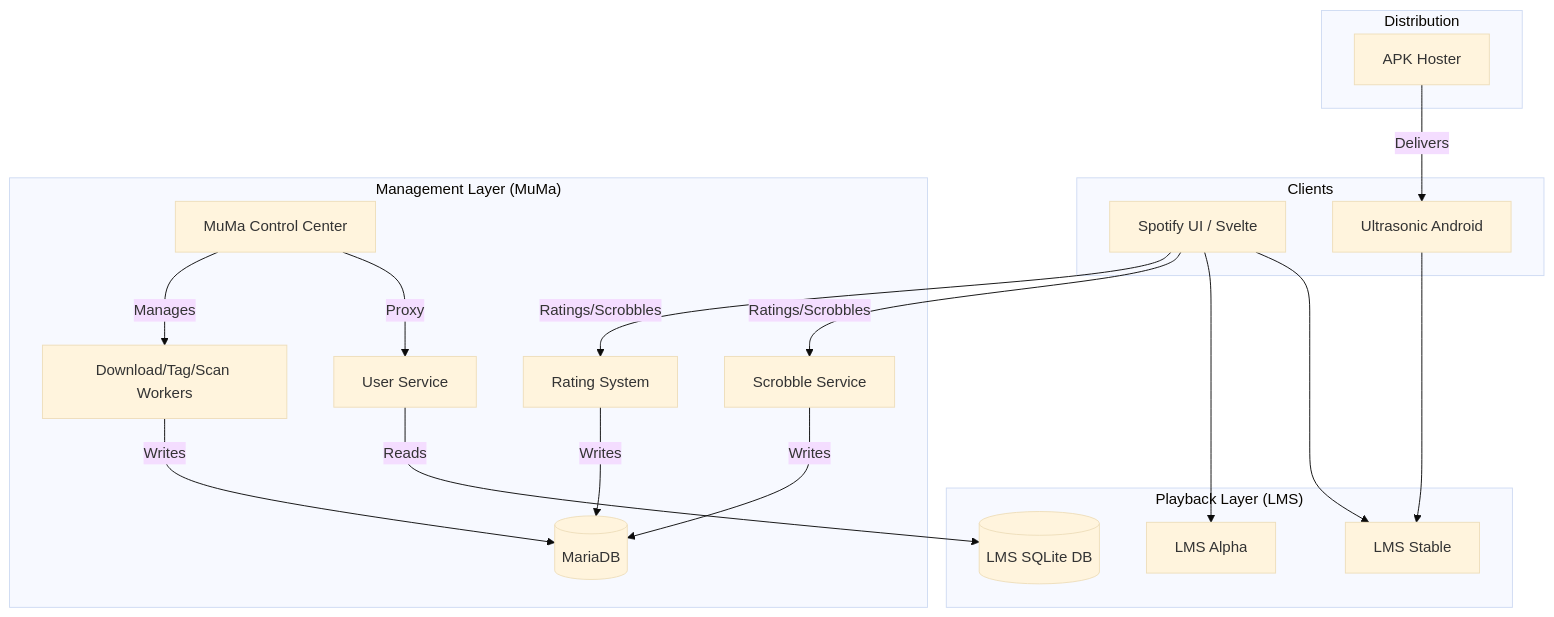
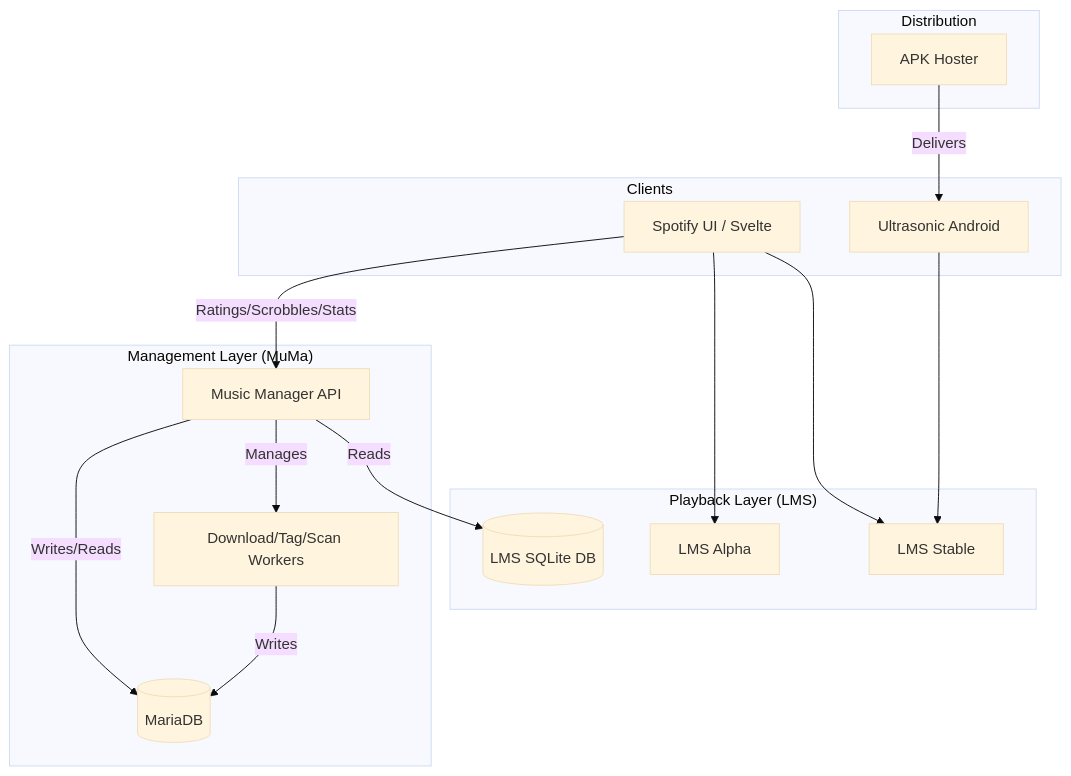
Before and after one commit to tsshadow/music-management: the first of 5 diagrams in docs/architecture.md, drawn with Mermaid (base theme). The commit also changed other lines of this file and 82 other files, not shown here.

Commit message:
feat: consolidate microservices into music-manager core

````diff
--- a/docs/architecture.md
+++ b/docs/architecture.md
@@ -98,42 +100,36 @@
 ```mermaid
 graph TD
     subgraph Clients
         WebUI[Spotify UI / Svelte]
         Mobile[Ultrasonic Android]
     end
 
     subgraph "Playback Layer (LMS)"
         LMS_Stable[LMS Stable]
         LMS_Alpha[LMS Alpha]
         LMS_DB[(LMS SQLite DB)]
     end
 
     subgraph "Management Layer (MuMa)"
-        ControlCenter[MuMa Control Center]
-        UserService[User Service]
-        ScrobbleService[Scrobble Service]
-        RatingService[Rating System]
+        MuMaCore[Music Manager API]
         MainDB[(MariaDB)]
         Workers[Download/Tag/Scan Workers]
     end
 
     subgraph Distribution
         APKHoster[APK Hoster]
     end
 
     WebUI --> LMS_Stable
     WebUI --> LMS_Alpha
-    WebUI -- Ratings/Scrobbles --> ScrobbleService
-    WebUI -- Ratings/Scrobbles --> RatingService
+    WebUI -- Ratings/Scrobbles/Stats --> MuMaCore
     Mobile --> LMS_Stable
     
-    UserService -- Reads --> LMS_DB
-    ControlCenter -- Proxy --> UserService
-    ControlCenter -- Manages --> Workers
+    MuMaCore -- Reads --> LMS_DB
+    MuMaCore -- Manages --> Workers
     
     Workers -- Writes --> MainDB
-    ScrobbleService -- Writes --> MainDB
-    RatingService -- Writes --> MainDB
+    MuMaCore -- Writes/Reads --> MainDB
     
     APKHoster -- Delivers --> Mobile
 ```
````
